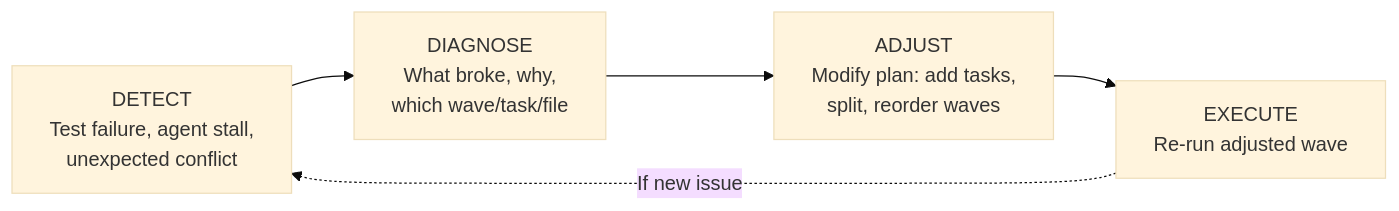
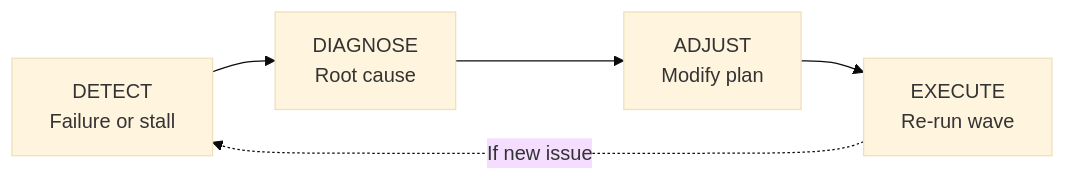
Before and after one commit to danielmeppiel/agentic-sdlc-handbook: the third of 3 diagrams in handbook/ch13-the-execution-meta-process.qmd, drawn with Mermaid (base theme). The commit also changed other lines of this file and 16 other files, not shown here.

First line of the commit message:
fix: aggressive fig-width capping — RCA-driven mermaid rendering overhaul

````diff
--- a/handbook/ch13-the-execution-meta-process.qmd
+++ b/handbook/ch13-the-execution-meta-process.qmd
@@ -247,8 +247,8 @@
 ```{mermaid}
-%%| fig-width: 4.5
+%%| fig-width: 4.0
 flowchart LR
-    D["DETECT<br/>Test failure, agent stall,<br/>unexpected conflict"] --> DG["DIAGNOSE<br/>What broke, why,<br/>which wave/task/file"]
-    DG --> A["ADJUST<br/>Modify plan: add tasks,<br/>split, reorder waves"]
-    A --> E["EXECUTE<br/>Re-run adjusted wave"]
+    D["DETECT<br/>Failure or stall"] --> DG["DIAGNOSE<br/>Root cause"]
+    DG --> A["ADJUST<br/>Modify plan"]
+    A --> E["EXECUTE<br/>Re-run wave"]
     E -.->|"If new issue"| D
 ```
````
